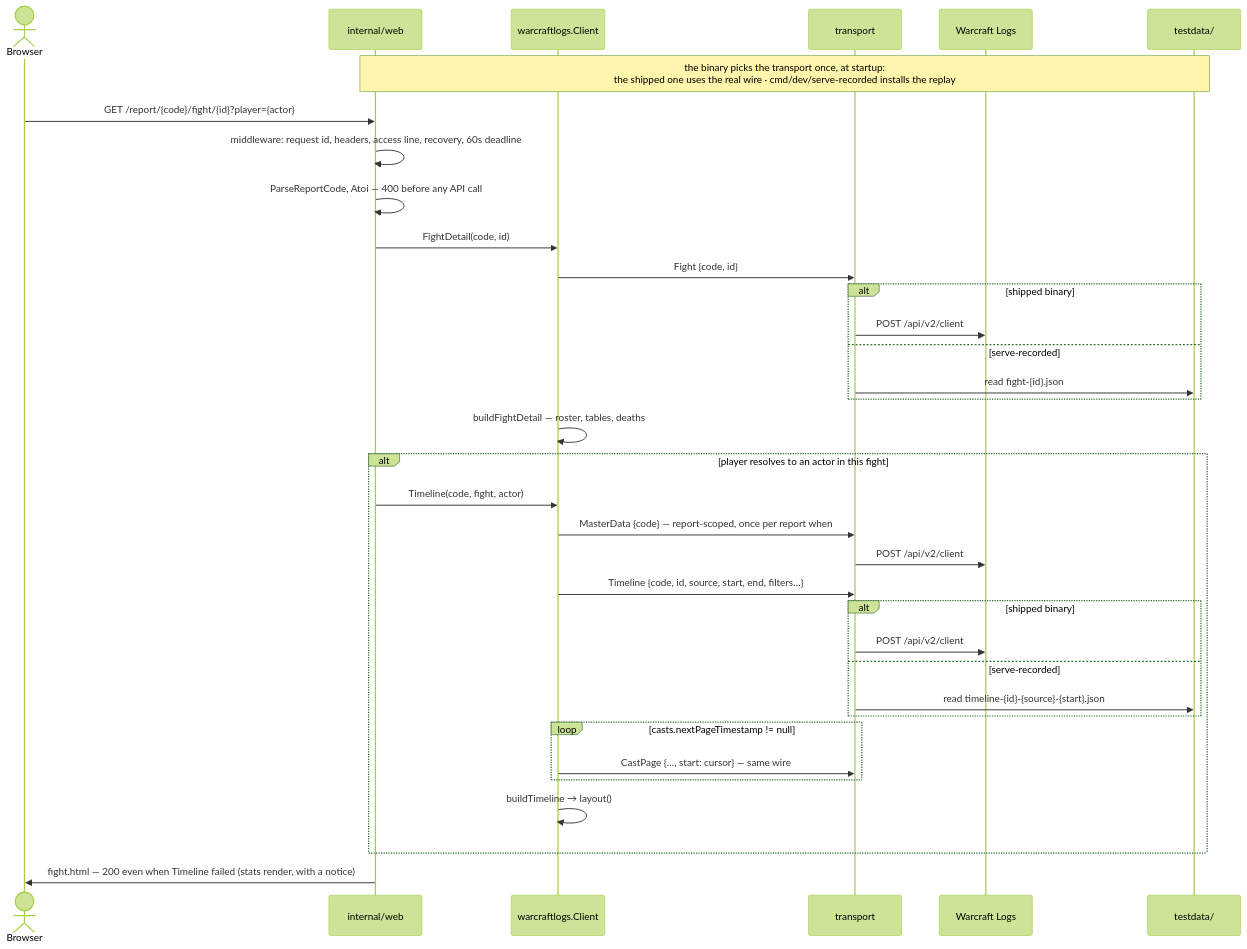
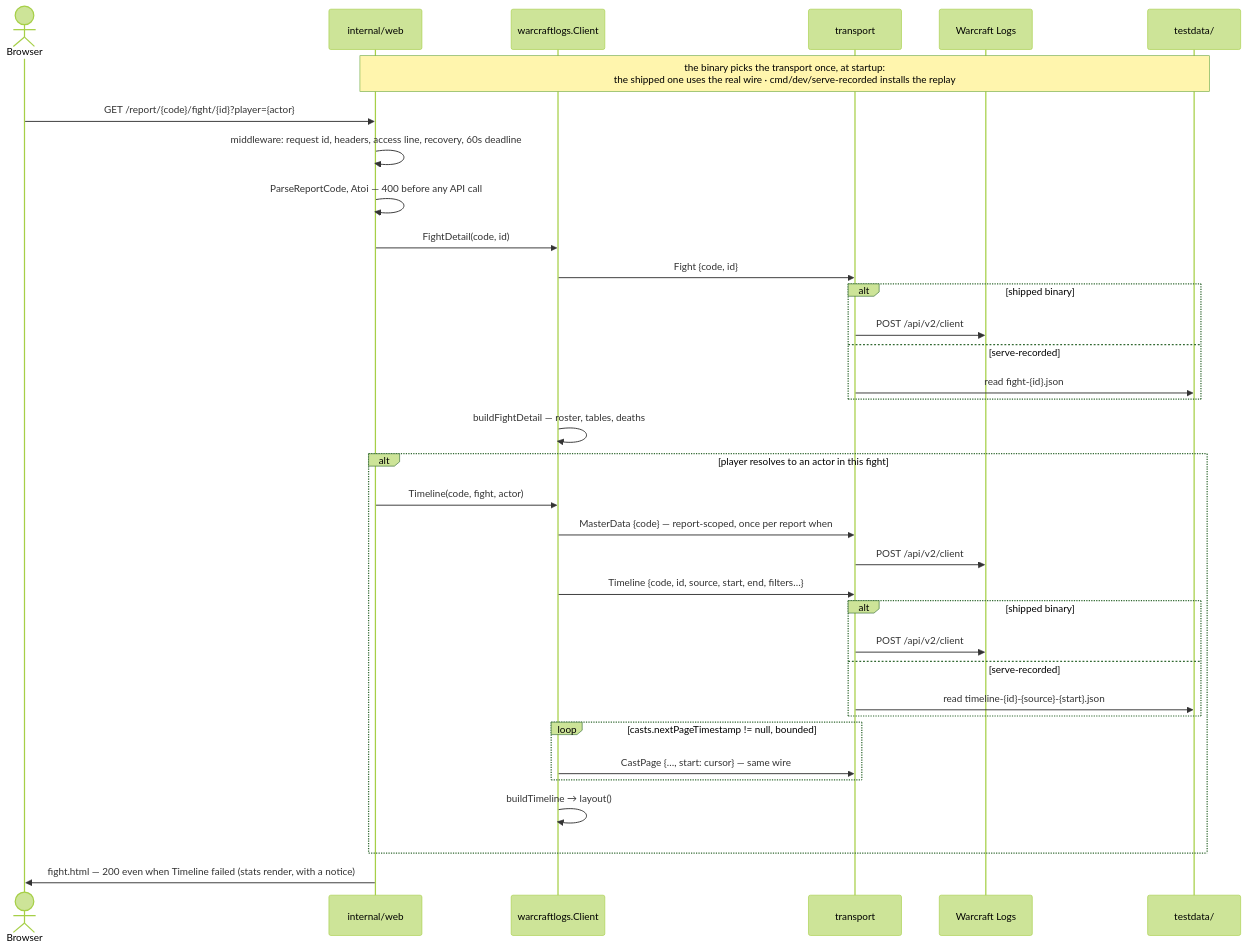
Before and after one commit to Gabriel2048/wow-insights: the third of 3 diagrams in ARCHITECTURE.md, drawn with Mermaid (forest theme). The commit also changed other lines of this file and 21 other files, not shown here.

````diff
--- a/ARCHITECTURE.md
+++ b/ARCHITECTURE.md
@@ -123,39 +123,39 @@
 ```mermaid
 sequenceDiagram
     actor B as Browser
     participant S as internal/web
     participant C as warcraftlogs.Client
     participant T as transport
     participant W as Warcraft Logs
     participant F as testdata/
 
     Note over S,F: the binary picks the transport once, at startup:<br/>the shipped one uses the real wire · cmd/dev/serve-recorded installs the replay
 
     B->>S: GET /report/{code}/fight/{id}?player={actor}
     S->>S: middleware: request id, headers, access line, recovery, 60s deadline
     S->>S: ParseReportCode, Atoi — 400 before any API call
     S->>C: FightDetail(code, id)
     C->>T: Fight {code, id}
     alt shipped binary
         T->>W: POST /api/v2/client
     else serve-recorded
         T->>F: read fight-{id}.json
     end
     C->>C: buildFightDetail — roster, tables, deaths
     alt player resolves to an actor in this fight
         S->>C: Timeline(code, fight, actor)
         C->>T: MasterData {code} — report-scoped, once per report when #2 caches
         T->>W: POST /api/v2/client
         C->>T: Timeline {code, id, source, start, end, filters…}
         alt shipped binary
             T->>W: POST /api/v2/client
         else serve-recorded
             T->>F: read timeline-{id}-{source}-{start}.json
         end
-        loop casts.nextPageTimestamp != null
+        loop casts.nextPageTimestamp != null, bounded
             C->>T: CastPage {…, start: cursor} — same wire
         end
         C->>C: buildTimeline → layout()
     end
     S->>B: fight.html — 200 even when Timeline failed (stats render, with a notice)
 ```
````
